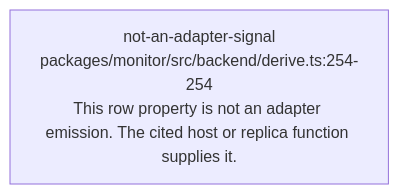
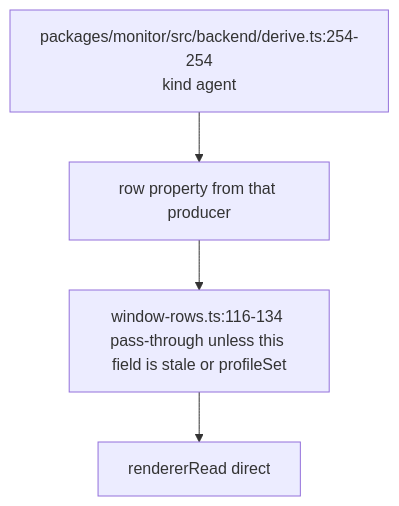
The diagram in audit/godview/evidence/antigravity/kind.mmd (vibefield/puppeteer), drawn with Mermaid before and after one commit. The commit also changed 630 other files, not shown here.

First line of the commit message:
Record source scope and field-domain reachability for first-half rows.

```diff
--- a/audit/godview/evidence/antigravity/kind.mmd
+++ b/audit/godview/evidence/antigravity/kind.mmd
@@ -1,5 +1,9 @@
 %% field: field.kind
-%% adapter: antigravity
-%% forensic: source-read 748d015a7e393112e0a91dad80111fdf5abe6583; not a live sample
+%% sourceScope: common-runtime
+%% staticPresence: always-on-row
+%% liveObserved: false
 flowchart TD
-  n0["not-an-adapter-signal\npackages/monitor/src/backend/derive.ts:254-254\nThis row property is not an adapter emission. The cited host or replica function supplies it."]
+  producer["packages/monitor/src/backend/derive.ts:254-254\nkind agent"]
+  producer --> row["row property from that producer"]
+  row --> window["window-rows.ts:116-134 pass-through unless this field is stale or profileSet"]
+  window --> reader["rendererRead direct"]
```
